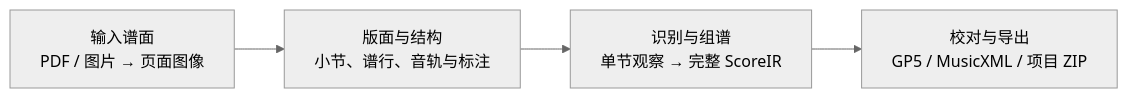
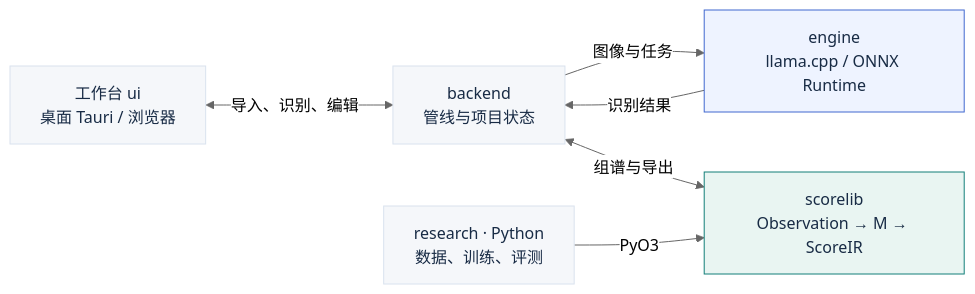
One commit to Flurry-L/guitarOCR changed the diagram in README.md. Above: the diagram before and after it, drawn with Mermaid (neutral theme). The commit also changed other lines of this file and 3 other files, not shown here.

Commit message:
Explain recognition mechanisms and networks with illustrated data flow

````diff
--- a/README.md
+++ b/README.md
@@ -40,6 +139,14 @@
 ```mermaid
 flowchart LR
-    A["输入谱面<br/>PDF / 图片 → 页面图像"] --> B["版面与结构<br/>小节、谱行、音轨与标注"]
-    B --> C["识别与组谱<br/>单节观察 → 完整 ScoreIR"]
-    C --> D["校对与导出<br/>GP5 / MusicXML / 项目 ZIP"]
+    UI["工作台 ui<br/>桌面 Tauri / 浏览器"] <-->|"导入、识别、编辑"| API["backend<br/>管线与项目状态"]
+    API -->|"图像与任务"| E["engine<br/>llama.cpp / ONNX Runtime"]
+    E -->|"识别结果"| API
+    API <-->|"组谱与导出"| S["scorelib<br/>Observation → M → ScoreIR"]
+    R["research · Python<br/>数据、训练、评测"] -->|"PyO3"| S
+    classDef app fill:#F5F7FA,stroke:#D9E2EE,color:#182B45
+    classDef net fill:#EEF3FF,stroke:#4168CF,color:#182B45
+    classDef core fill:#E9F5F2,stroke:#137F79,color:#182B45
+    class UI,API,R app
+    class E net
+    class S core
 ```
````
